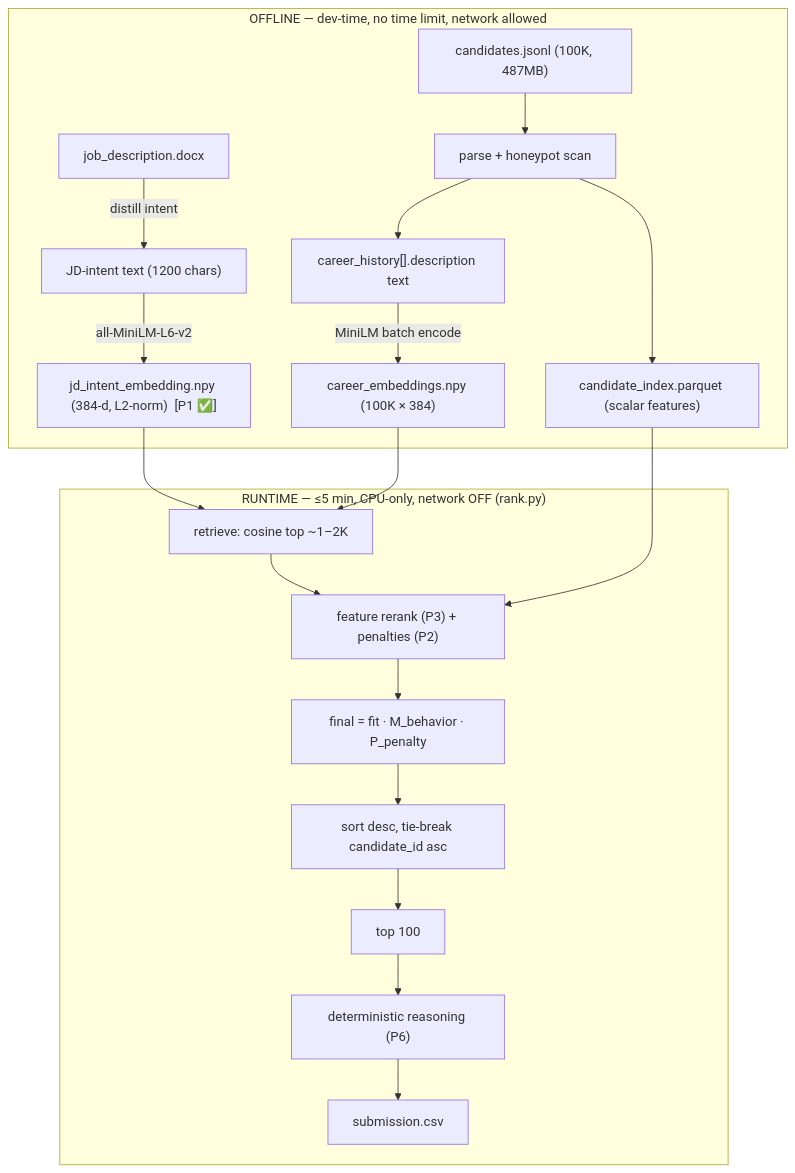
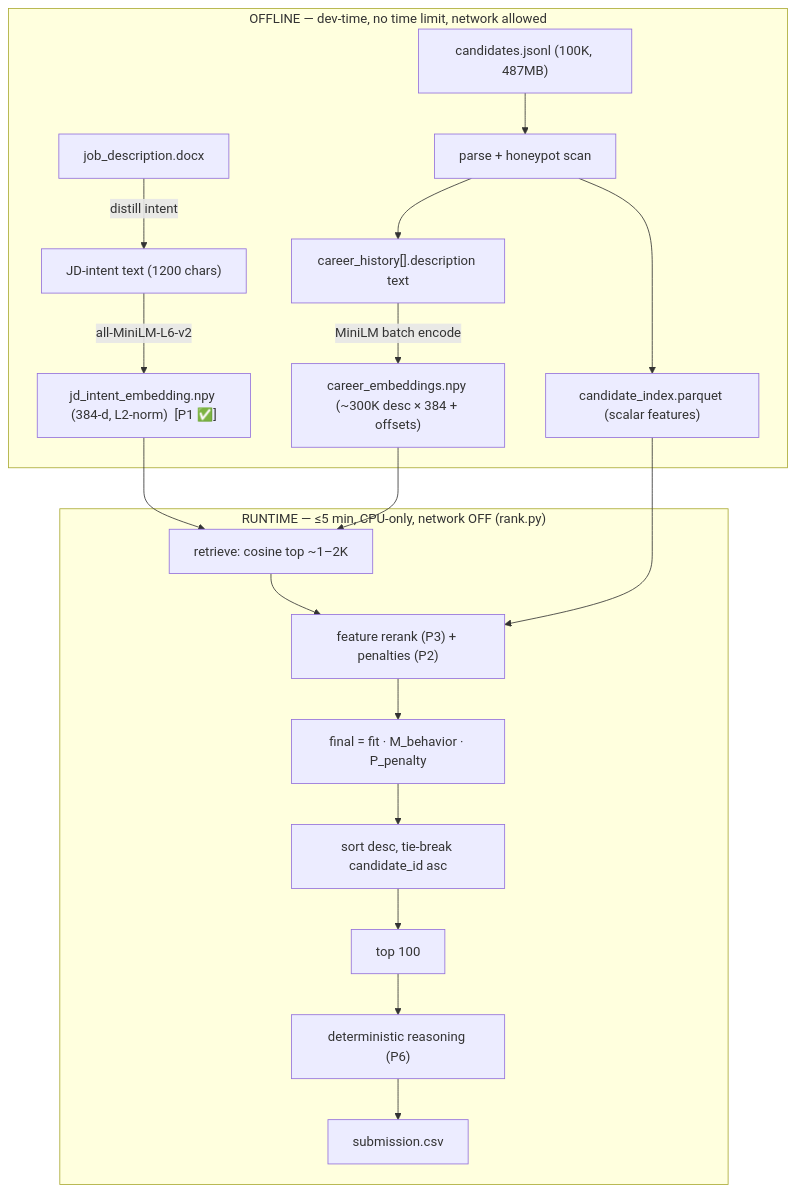
One commit to sandipan-ds/redrob_project changed the diagram in docs/project_docs/SYSTEM_DESIGN.md. Above: the diagram before and after it, drawn with Mermaid. The commit also changed other lines of this file and 4 other files, not shown here.

````diff
--- a/docs/project_docs/SYSTEM_DESIGN.md
+++ b/docs/project_docs/SYSTEM_DESIGN.md
@@ -40,23 +40,23 @@
 ```mermaid
 flowchart TD
   subgraph OFFLINE["OFFLINE — dev-time, no time limit, network allowed"]
     JD["job_description.docx"] -->|distill intent| JDT["JD-intent text (1200 chars)"]
     JDT -->|all-MiniLM-L6-v2| JDE["jd_intent_embedding.npy (384-d, L2-norm)  [P1 ✅]"]
     RAW["candidates.jsonl (100K, 487MB)"] --> PARSE["parse + honeypot scan"]
     PARSE --> DESC["career_history[].description text"]
-    DESC -->|MiniLM batch encode| CEMB["career_embeddings.npy (100K × 384)"]
+    DESC -->|MiniLM batch encode| CEMB["career_embeddings.npy (~300K desc × 384 + offsets)"]
     PARSE --> FEAT["candidate_index.parquet (scalar features)"]
   end
 
   subgraph RUNTIME["RUNTIME — ≤5 min, CPU-only, network OFF (rank.py)"]
     JDE --> RETR["retrieve: cosine top ~1–2K"]
     CEMB --> RETR
     RETR --> RERANK["feature rerank (P3) + penalties (P2)"]
     FEAT --> RERANK
     RERANK --> SCORE["final = fit · M_behavior · P_penalty"]
     SCORE --> SORT["sort desc, tie-break candidate_id asc"]
     SORT --> TOP["top 100"]
     TOP --> REAS["deterministic reasoning (P6)"]
     REAS --> CSV["submission.csv"]
   end
 ```
````
